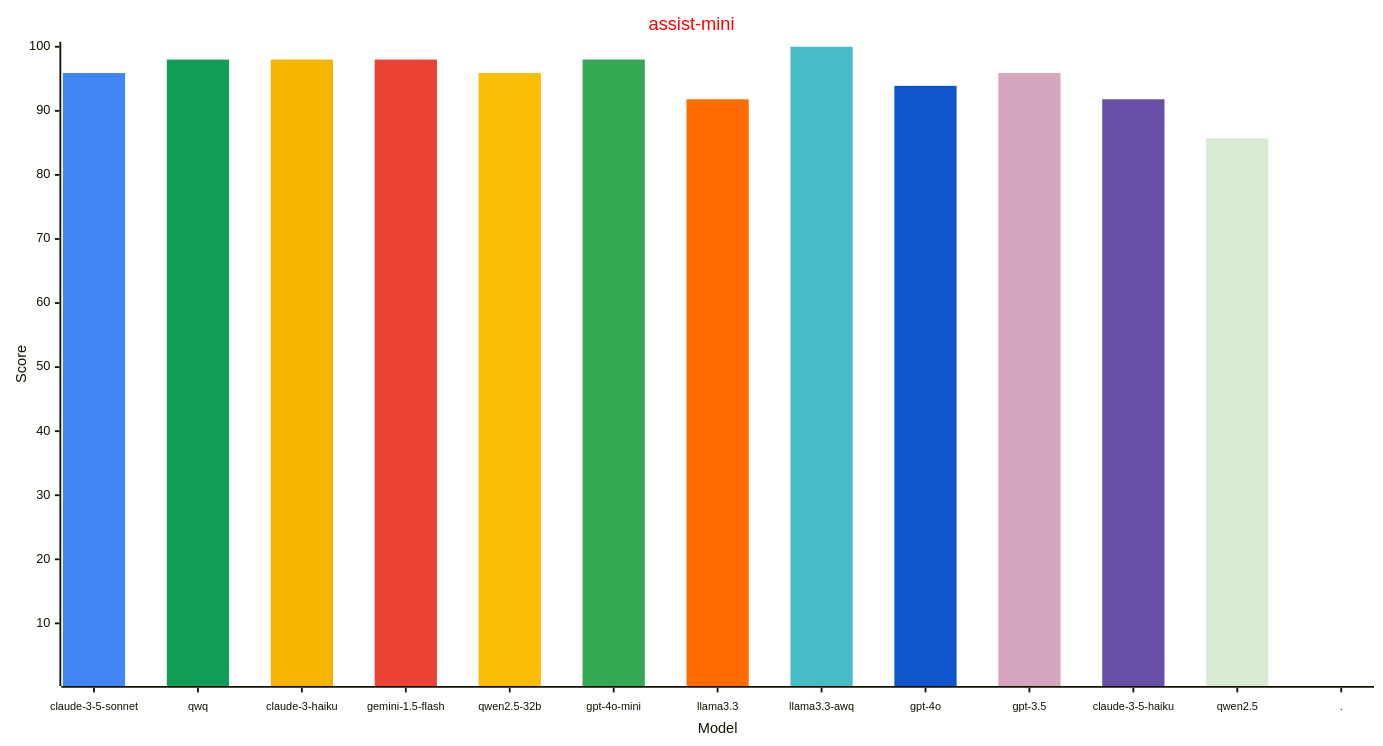
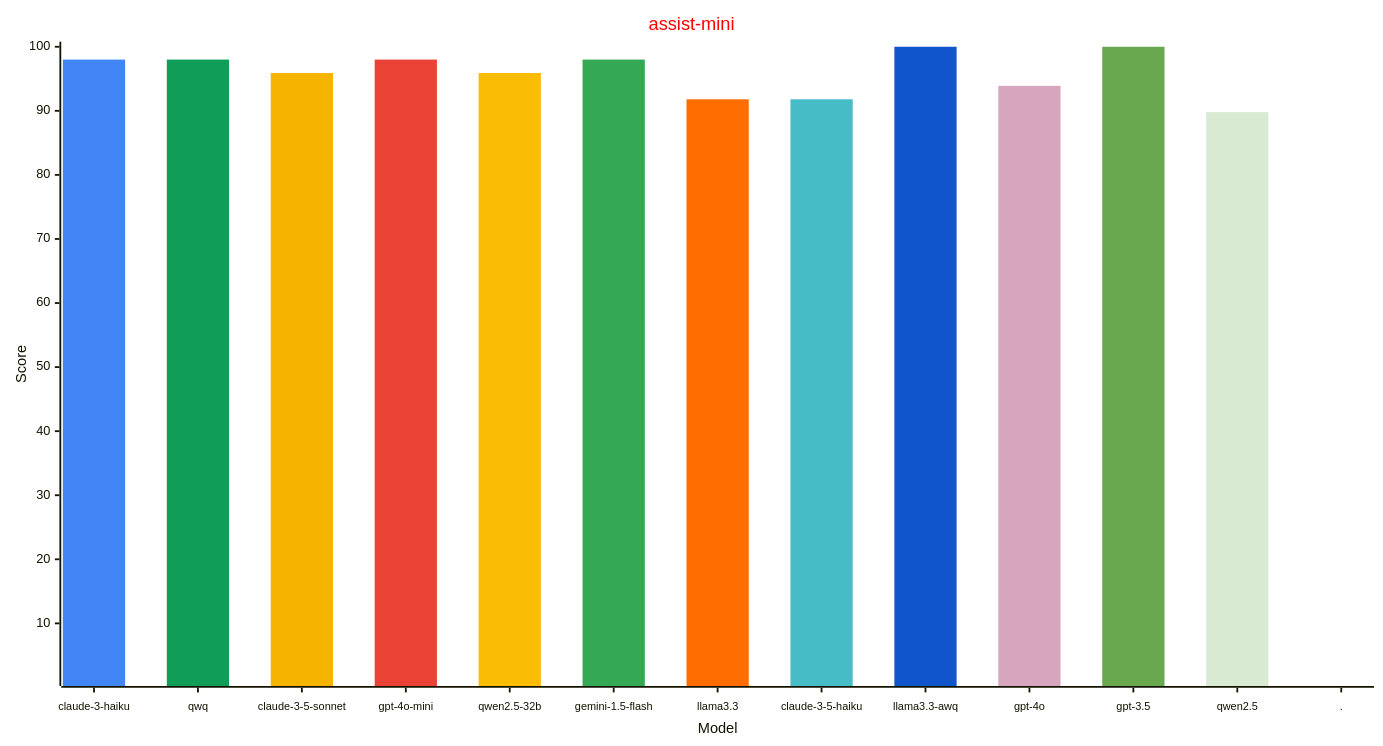
Before and after one commit to allenporter/home-assistant-datasets: the second of 3 diagrams in reports/README.md, drawn with Mermaid. The commit also changed other lines of this file and 3 other files, not shown here.

````diff
--- a/reports/README.md
+++ b/reports/README.md
@@ -101,33 +101,33 @@
 ```mermaid
 ---
 config:
     xyChart:
         width: 1500
         height: 800
         xAxis:
           labelFontSize: 12
           labelPadding: 8
     themeVariables:
         xyChart:
             titleColor: "#ff0000"
-            plotColorPalette: "#4285f4, #0f9d58, #f4b400, #ea4335, #fbbc04, #34a853, #ff6d01, #46bdc6, #1155cc, #d5a6bd, #674ea7, #d9ead3, #4285f4"
+            plotColorPalette: "#4285f4, #0f9d58, #f4b400, #ea4335, #fbbc04, #34a853, #ff6d01, #46bdc6, #1155cc, #d5a6bd, #6aa84f, #d9ead3, #4285f4"
 
 ---
 xychart-beta
   title "assist-mini"
-  x-axis "Model" [claude-3-5-sonnet, qwq, claude-3-haiku, gemini-1.5-flash, qwen2.5-32b, gpt-4o-mini, llama3.3, llama3.3-awq, gpt-4o, gpt-3.5, claude-3-5-haiku, qwen2.5, .]
+  x-axis "Model" [claude-3-haiku, qwq, claude-3-5-sonnet, gpt-4o-mini, qwen2.5-32b, gemini-1.5-flash, llama3.3, claude-3-5-haiku, llama3.3-awq, gpt-4o, gpt-3.5, qwen2.5, .]
   y-axis "Score" 1 --> 100
-  bar [95.9, 0.0, 0.0, 0.0, 0.0, 0.0, 0.0, 0.0, 0.0, 0.0, 0.0, 0.0, 0.0]
+  bar [98.0, 0.0, 0.0, 0.0, 0.0, 0.0, 0.0, 0.0, 0.0, 0.0, 0.0, 0.0, 0.0]
   bar [0.0, 98.0, 0.0, 0.0, 0.0, 0.0, 0.0, 0.0, 0.0, 0.0, 0.0, 0.0, 0.0]
-  bar [0.0, 0.0, 98.0, 0.0, 0.0, 0.0, 0.0, 0.0, 0.0, 0.0, 0.0, 0.0, 0.0]
+  bar [0.0, 0.0, 95.9, 0.0, 0.0, 0.0, 0.0, 0.0, 0.0, 0.0, 0.0, 0.0, 0.0]
   bar [0.0, 0.0, 0.0, 98.0, 0.0, 0.0, 0.0, 0.0, 0.0, 0.0, 0.0, 0.0, 0.0]
   bar [0.0, 0.0, 0.0, 0.0, 95.9, 0.0, 0.0, 0.0, 0.0, 0.0, 0.0, 0.0, 0.0]
   bar [0.0, 0.0, 0.0, 0.0, 0.0, 98.0, 0.0, 0.0, 0.0, 0.0, 0.0, 0.0, 0.0]
   bar [0.0, 0.0, 0.0, 0.0, 0.0, 0.0, 91.8, 0.0, 0.0, 0.0, 0.0, 0.0, 0.0]
-  bar [0.0, 0.0, 0.0, 0.0, 0.0, 0.0, 0.0, 100.0, 0.0, 0.0, 0.0, 0.0, 0.0]
-  bar [0.0, 0.0, 0.0, 0.0, 0.0, 0.0, 0.0, 0.0, 93.9, 0.0, 0.0, 0.0, 0.0]
-  bar [0.0, 0.0, 0.0, 0.0, 0.0, 0.0, 0.0, 0.0, 0.0, 95.9, 0.0, 0.0, 0.0]
-  bar [0.0, 0.0, 0.0, 0.0, 0.0, 0.0, 0.0, 0.0, 0.0, 0.0, 91.8, 0.0, 0.0]
-  bar [0.0, 0.0, 0.0, 0.0, 0.0, 0.0, 0.0, 0.0, 0.0, 0.0, 0.0, 85.7, 0.0]
+  bar [0.0, 0.0, 0.0, 0.0, 0.0, 0.0, 0.0, 91.8, 0.0, 0.0, 0.0, 0.0, 0.0]
+  bar [0.0, 0.0, 0.0, 0.0, 0.0, 0.0, 0.0, 0.0, 100.0, 0.0, 0.0, 0.0, 0.0]
+  bar [0.0, 0.0, 0.0, 0.0, 0.0, 0.0, 0.0, 0.0, 0.0, 93.9, 0.0, 0.0, 0.0]
+  bar [0.0, 0.0, 0.0, 0.0, 0.0, 0.0, 0.0, 0.0, 0.0, 0.0, 100.0, 0.0, 0.0]
+  bar [0.0, 0.0, 0.0, 0.0, 0.0, 0.0, 0.0, 0.0, 0.0, 0.0, 0.0, 89.8, 0.0]
   bar [0.0, 0.0, 0.0, 0.0, 0.0, 0.0, 0.0, 0.0, 0.0, 0.0, 0.0, 0.0, -1.0]
 ```
````
